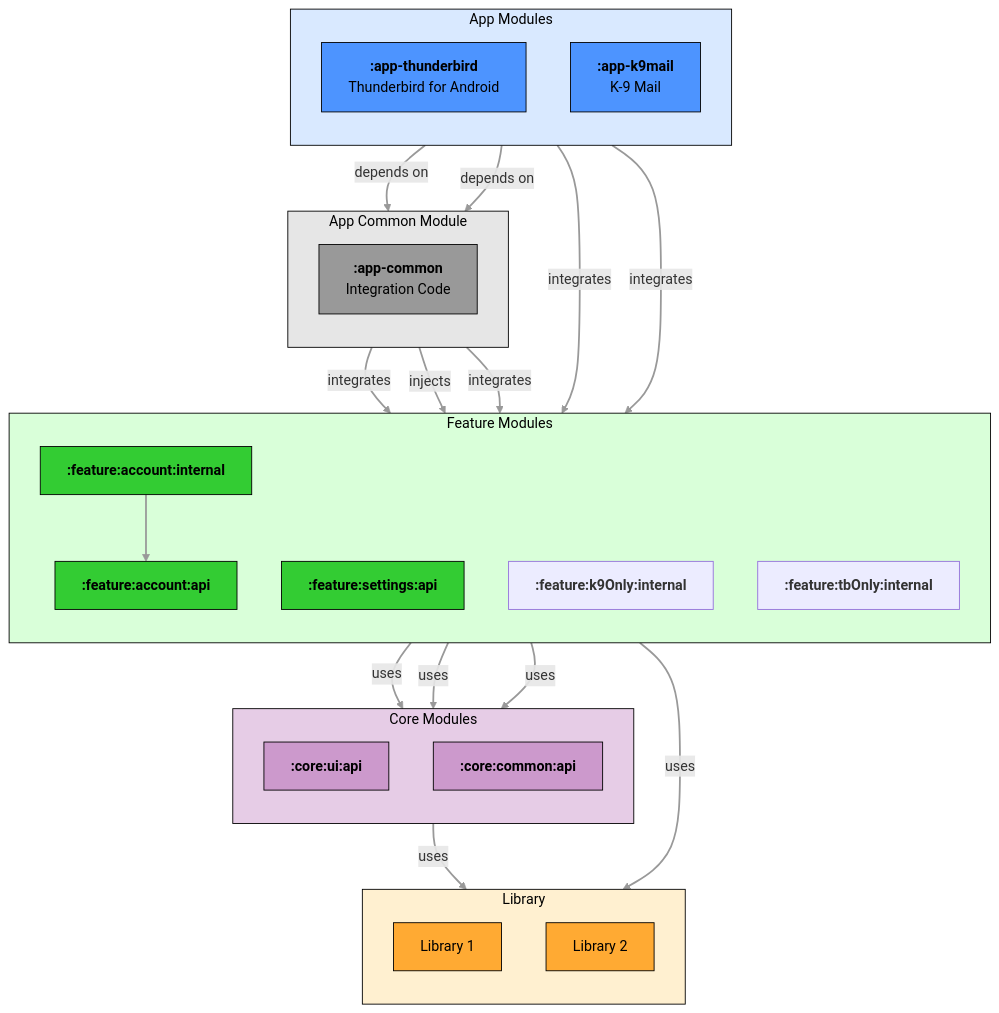
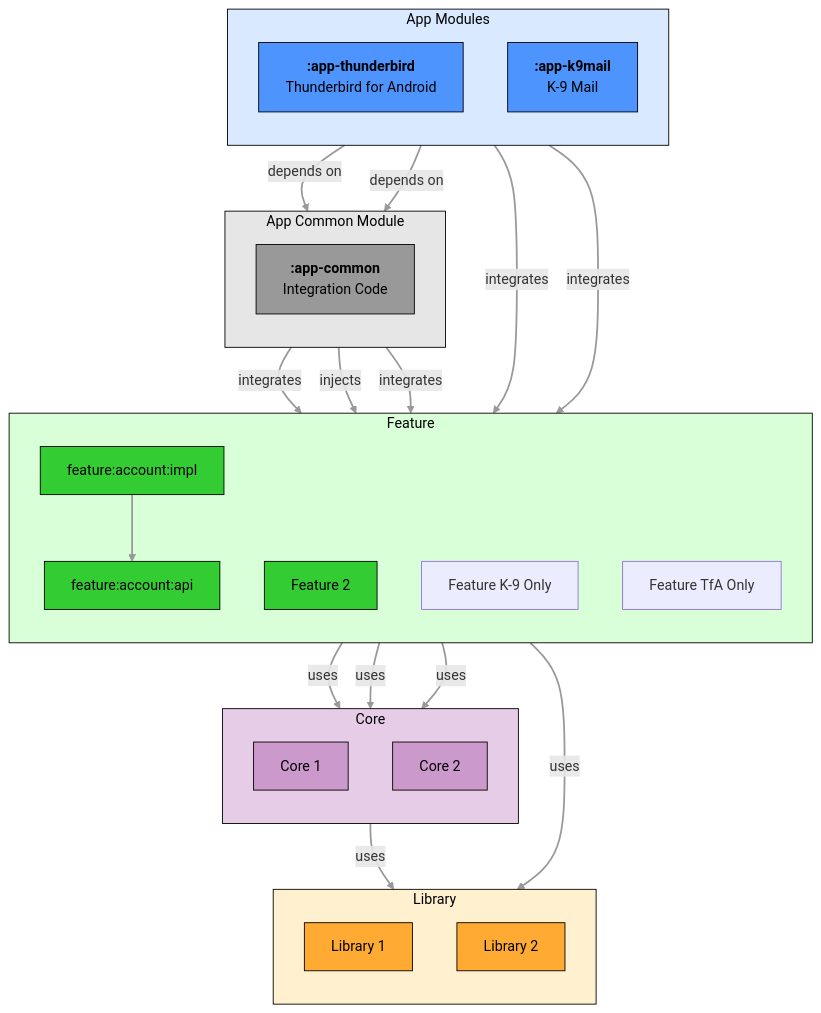
Before and after one commit to libnewton/K-10-Mail: the diagram in docs/architecture/module-structure.md, drawn with Mermaid. The commit also changed other lines of this file and 877 other files, not shown here.

````diff
--- a/docs/architecture/module-structure.md
+++ b/docs/architecture/module-structure.md
@@ -281,76 +275,76 @@
 ```mermaid
 graph TB
     subgraph APP[App Modules]
         direction TB
         APP_TB["`**:app-thunderbird**<br>Thunderbird for Android`"]
         APP_K9["`**:app-k9mail**<br>K-9 Mail`"]
     end
 
     subgraph COMMON[App Common Module]
         direction TB
         COMMON_APP["`**:app-common**<br>Integration Code`"]
     end
 
-    subgraph FEATURE[Feature Modules]
+    subgraph FEATURE[Feature]
         direction TB
-        FEATURE1["`**:feature:account:api**`"]
-        FEATURE2["`**:feature:account:internal**`"]
-        FEATURE3["`**:feature:settings:api**`"]
-        FEATURE_K9["`**:feature:k9Only:internal**`"]
-        FEATURE_TB["`**:feature:tbOnly:internal**`"]
+        FEATURE1[feature:account:api]
+        FEATURE2[feature:account:impl]
+        FEATURE3[Feature 2]
+        FEATURE_K9[Feature K-9 Only]
+        FEATURE_TB[Feature TfA Only]
     end
 
-    subgraph CORE[Core Modules]
+    subgraph CORE[Core]
         direction TB
-        CORE1["`**:core:ui:api**`"]
-        CORE2["`**:core:common:api**`"]
+        CORE1[Core 1]
+        CORE2[Core 2]
     end
 
     subgraph LIBRARY[Library]
         direction TB
         LIB1[Library 1]
         LIB2[Library 2]
     end
 
     APP_K9 --> |depends on| COMMON_APP
     APP_TB --> |depends on| COMMON_APP
     COMMON_APP --> |integrates| FEATURE1
     COMMON_APP --> |injects| FEATURE2
     FEATURE2 --> FEATURE1
     COMMON_APP --> |integrates| FEATURE3
     APP_K9 --> |integrates| FEATURE_K9
     APP_TB --> |integrates| FEATURE_TB
     FEATURE1 --> |uses| CORE1
     FEATURE3 --> |uses| CORE2
     FEATURE_TB --> |uses| CORE1
     FEATURE_K9 --> |uses| LIB2
     CORE2 --> |uses| LIB1
 
     classDef app fill:#d9e9ff,stroke:#000000,color:#000000
     classDef app_module fill:#4d94ff,stroke:#000000,color:#000000
     classDef common fill:#e6e6e6,stroke:#000000,color:#000000
     classDef common_module fill:#999999,stroke:#000000,color:#000000
     classDef feature fill:#d9ffd9,stroke:#000000,color:#000000
     classDef feature_module fill:#33cc33,stroke:#000000,color:#000000
     classDef core fill:#e6cce6,stroke:#000000,color:#000000
     classDef core_module fill:#cc99cc,stroke:#000000,color:#000000
     classDef library fill:#fff0d0,stroke:#000000,color:#000000
     classDef library_module fill:#ffaa33,stroke:#000000,color:#000000
     classDef legacy fill:#ffe6e6,stroke:#000000,color:#000000
     classDef legacy_module fill:#ff9999,stroke:#000000,color:#000000
 
     linkStyle default stroke:#999,stroke-width:2px
 
     class APP app
     class APP_K9,APP_TB app_module
     class COMMON common
     class COMMON_APP common_module
     class FEATURE feature
     class FEATURE1,FEATURE2,FEATURE3 feature_module
     class FEATURE_K9 featureK9
     class FEATURE_TB featureTB
     class CORE core
     class CORE1,CORE2 core_module
     class LIBRARY library
     class LIB1,LIB2 library_module
 ```
````
